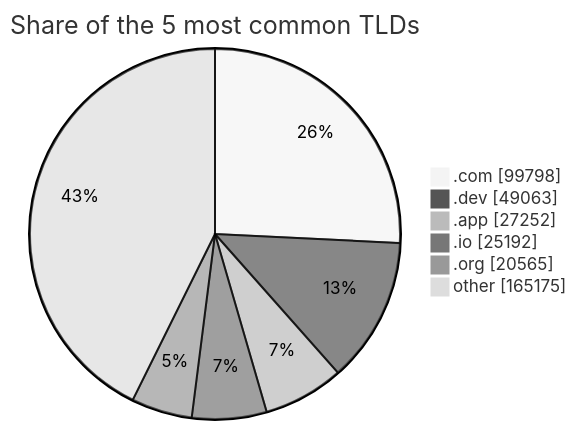
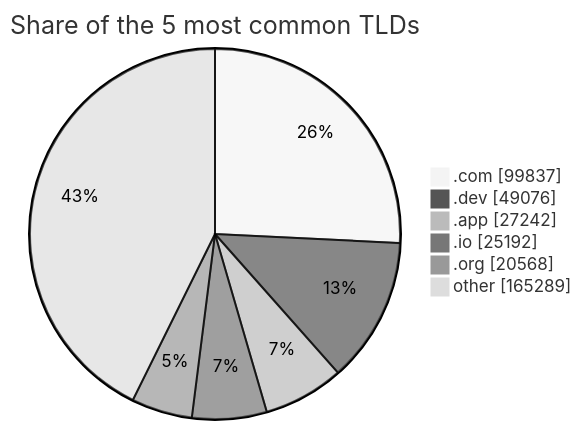
The third of 3 diagrams in README.md (DNSBunker/CTI), drawn with Mermaid (neutral theme) before and after one commit. The commit also changed other lines of this file and 3 other files, not shown here.

````diff
--- a/README.md
+++ b/README.md
@@ -81,9 +81,9 @@
 ```mermaid
 pie showData title Share of the 5 most common TLDs
-    ".com" : 99798
-    ".dev" : 49063
-    ".app" : 27252
+    ".com" : 99837
+    ".dev" : 49076
+    ".app" : 27242
     ".io" : 25192
-    ".org" : 20565
-    "other" : 165175
+    ".org" : 20568
+    "other" : 165289
 ```
````
